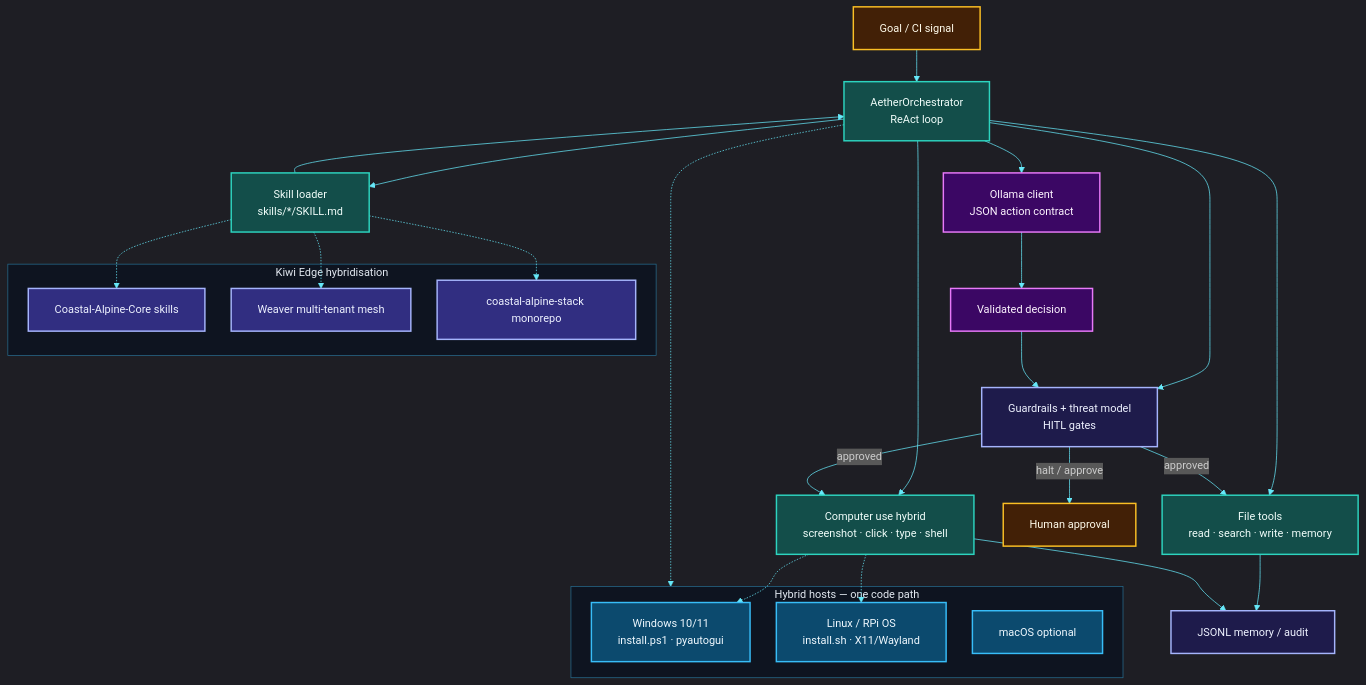
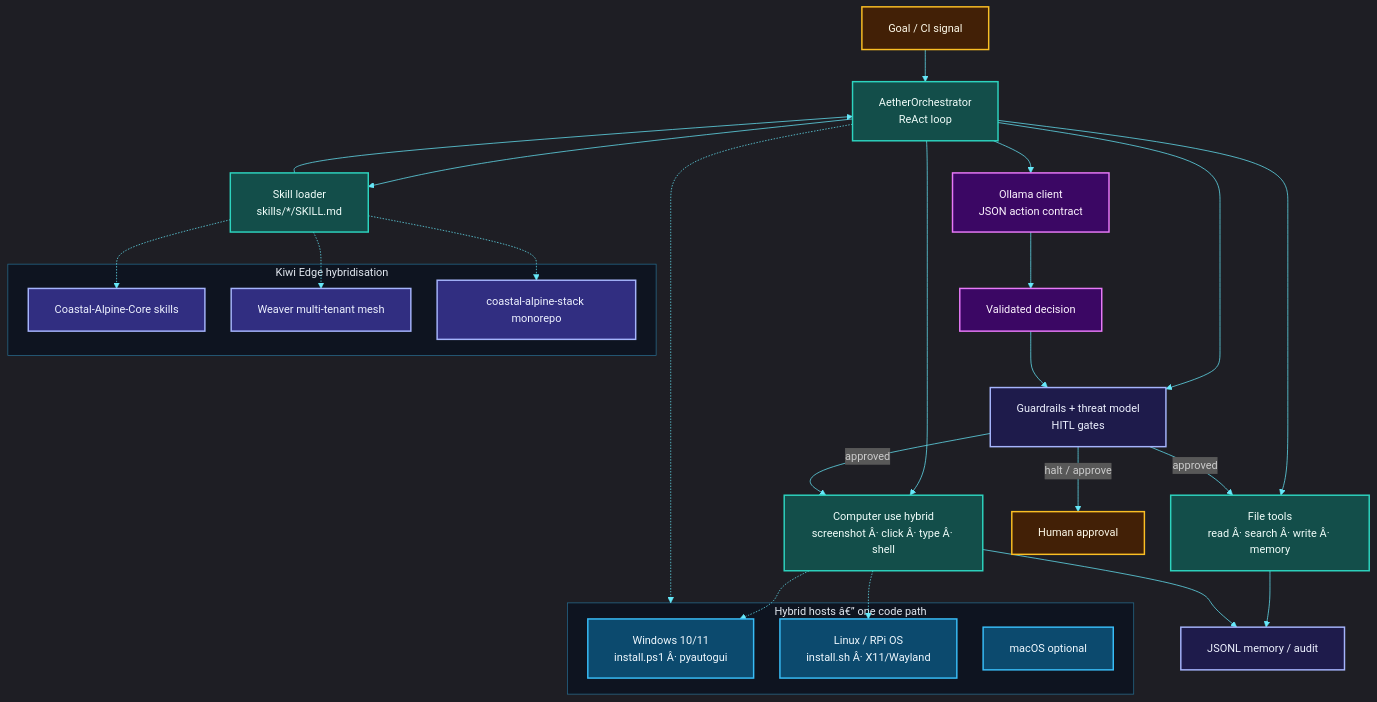
The diagram in README.md (fivepanelhat/Aether), drawn with Mermaid before and after one commit. The commit also changed other lines of this file and 8 other files, not shown here.

````diff
--- a/README.md
+++ b/README.md
@@ -43,73 +60,73 @@
 ```mermaid
 %%{init: {
   "theme": "dark",
   "themeVariables": {
     "fontSize": "15px",
     "fontFamily": "Inter, ui-sans-serif, system-ui, sans-serif",
     "primaryColor": "#0ea5e9",
     "primaryTextColor": "#f8fafc",
     "primaryBorderColor": "#38bdf8",
     "lineColor": "#67e8f9",
     "secondaryColor": "#1e293b",
     "tertiaryColor": "#0f172a",
     "clusterBkg": "#0b1220cc",
     "clusterBorder": "#38bdf880",
     "titleColor": "#e2e8f0"
   },
   "flowchart": {
     "nodeSpacing": 36,
     "rankSpacing": 44,
     "padding": 18,
     "htmlLabels": true,
     "curve": "basis",
     "useMaxWidth": true
   }
 }}%%
 flowchart TB
 
     classDef act fill:#422006,stroke:#fbbf24,stroke-width:2px,color:#fffbeb
     classDef core fill:#134e4a,stroke:#2dd4bf,stroke-width:2px,color:#f0fdfa
     classDef ai fill:#3b0764,stroke:#e879f9,stroke-width:2px,color:#fdf4ff
     classDef store fill:#1e1b4b,stroke:#a5b4fc,stroke-width:2px,color:#eef2ff
     classDef host fill:#0c4a6e,stroke:#38bdf8,stroke-width:2px,color:#f0f9ff
     classDef desk fill:#052e16,stroke:#4ade80,stroke-width:2px,color:#f0fdf4
     classDef stack fill:#312e81,stroke:#a5b4fc,stroke-width:2px,color:#eef2ff
 
     G["Goal / CI signal"] --> ORCH["AetherOrchestrator<br/>ReAct loop"]
     ORCH --> LLM["Ollama client<br/>JSON action contract"]
     ORCH --> SK["Skill loader<br/>skills/*/SKILL.md"]
-    ORCH --> TL["File tools<br/>read · search · write · memory"]
-    ORCH --> CU["Computer use hybrid<br/>screenshot · click · type · shell"]
+    ORCH --> TL["File tools<br/>read Â· search Â· write Â· memory"]
+    ORCH --> CU["Computer use hybrid<br/>screenshot Â· click Â· type Â· shell"]
     ORCH --> GR["Guardrails + threat model<br/>HITL gates"]
     LLM --> DEC["Validated decision"]
     DEC --> GR
     GR -->|approved| TL
     GR -->|approved| CU
     GR -->|halt / approve| HITL["Human approval"]
     TL --> MEM["JSONL memory / audit"]
     CU --> MEM
     SK --> ORCH
 
-    subgraph HOSTS["Hybrid hosts — one code path"]
-        WIN["Windows 10/11<br/>install.ps1 · pyautogui"]
-        LIN["Linux / RPi OS<br/>install.sh · X11/Wayland"]
+    subgraph HOSTS["Hybrid hosts â€” one code path"]
+        WIN["Windows 10/11<br/>install.ps1 Â· pyautogui"]
+        LIN["Linux / RPi OS<br/>install.sh Â· X11/Wayland"]
         MAC["macOS optional"]
     end
 
     subgraph STACK["Kiwi Edge hybridisation"]
         CORE["Coastal-Alpine-Core skills"]
         WEA["Weaver multi-tenant mesh"]
         CAS["coastal-alpine-stack monorepo"]
     end
 
     ORCH -.-> HOSTS
     SK -.-> CORE & WEA & CAS
     CU -.-> WIN & LIN
 
     class G,HITL act
     class ORCH,SK,TL,CU core
     class LLM,DEC ai
     class GR,MEM store
     class WIN,LIN,MAC host
     class CORE,WEA,CAS stack
 ```
````
